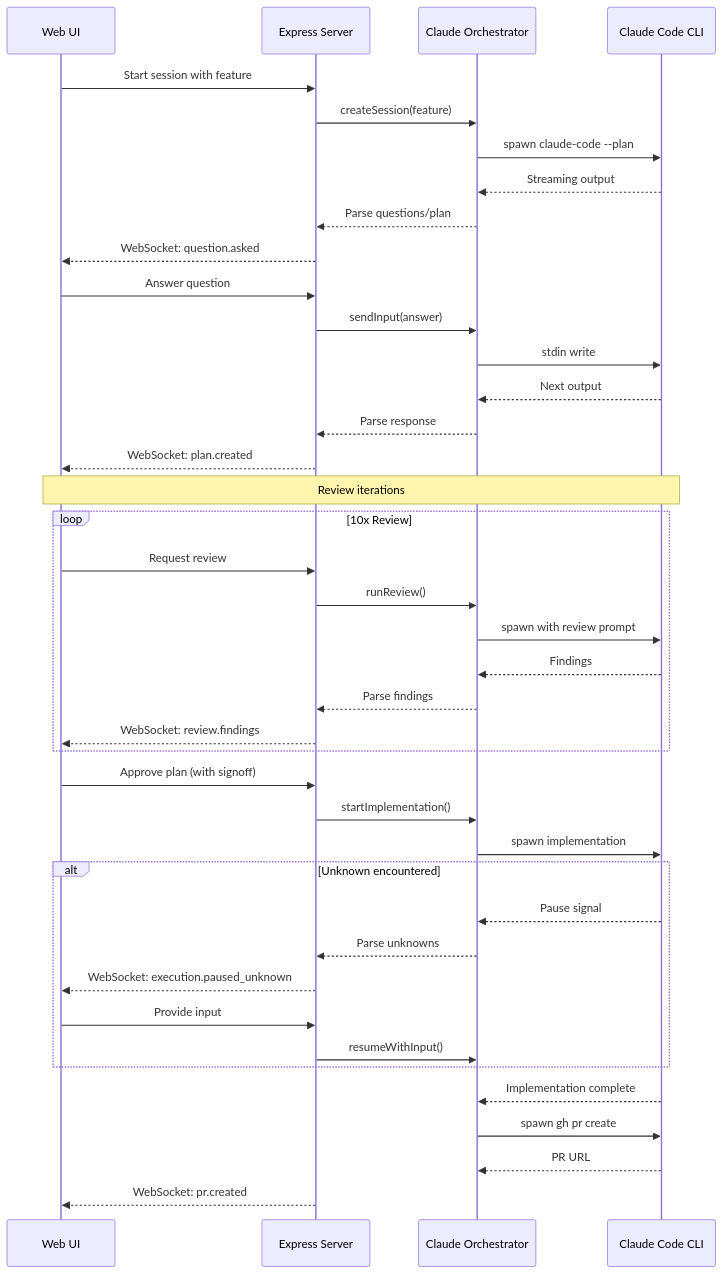
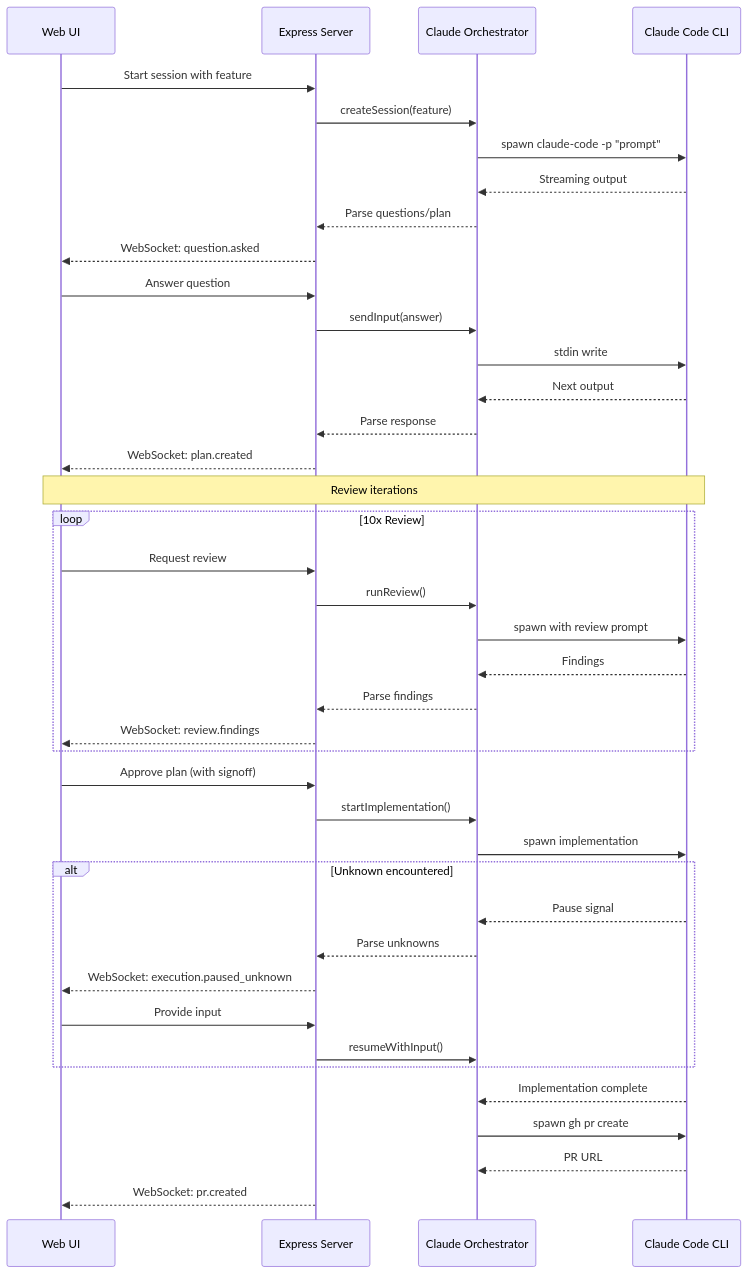
The tenth of 15 diagrams in README.md (clrke/ralph-web), drawn with Mermaid before and after one commit. The commit also changed other lines of this file, not shown here.

````diff
--- a/README.md
+++ b/README.md
@@ -662,48 +657,48 @@
 ```mermaid
 sequenceDiagram
     participant UI as Web UI
     participant Server as Express Server
     participant Orch as Claude Orchestrator
     participant CC as Claude Code CLI
 
     UI->>Server: Start session with feature
     Server->>Orch: createSession(feature)
-    Orch->>CC: spawn claude-code --plan
+    Orch->>CC: spawn claude-code -p "prompt"
     CC-->>Orch: Streaming output
     Orch-->>Server: Parse questions/plan
     Server-->>UI: WebSocket: question.asked
 
     UI->>Server: Answer question
     Server->>Orch: sendInput(answer)
     Orch->>CC: stdin write
     CC-->>Orch: Next output
     Orch-->>Server: Parse response
     Server-->>UI: WebSocket: plan.created
 
     Note over UI,CC: Review iterations
     loop 10x Review
         UI->>Server: Request review
         Server->>Orch: runReview()
         Orch->>CC: spawn with review prompt
         CC-->>Orch: Findings
         Orch-->>Server: Parse findings
         Server-->>UI: WebSocket: review.findings
     end
 
     UI->>Server: Approve plan (with signoff)
     Server->>Orch: startImplementation()
     Orch->>CC: spawn implementation
 
     alt Unknown encountered
         CC-->>Orch: Pause signal
         Orch-->>Server: Parse unknowns
         Server-->>UI: WebSocket: execution.paused_unknown
         UI->>Server: Provide input
         Server->>Orch: resumeWithInput()
     end
 
     CC-->>Orch: Implementation complete
     Orch->>CC: spawn gh pr create
     CC-->>Orch: PR URL
     Server-->>UI: WebSocket: pr.created
 ```
````
